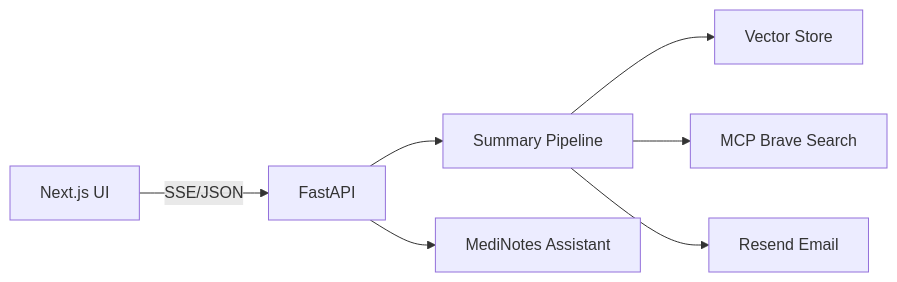
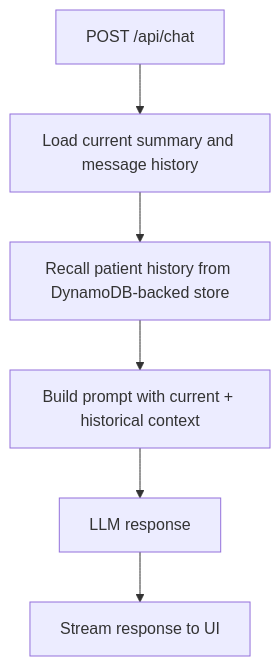
One commit to rhyegacillos/agents-app changed the third of 3 diagrams in ARCHITECTURE_medinotes.md. Above: the diagram before and after it, drawn with Mermaid. The commit also changed other lines of this file and 14 other files, not shown here.

````diff
--- a/ARCHITECTURE_medinotes.md
+++ b/ARCHITECTURE_medinotes.md
@@ -321,9 +146,8 @@
 ```mermaid
-flowchart LR
-    UI[Next.js UI] -->|SSE/JSON| API[FastAPI]
-    API --> Summary[Summary Pipeline]
-    API --> Chat[MediNotes Assistant]
-    Summary --> Memory[Vector Store]
-    Summary --> Research[MCP Brave Search]
-    Summary --> Email[Resend Email]
+flowchart TD
+    A[POST /api/chat] --> B[Load current summary and message history]
+    B --> C[Recall patient history from DynamoDB-backed store]
+    C --> D[Build prompt with current + historical context]
+    D --> E[LLM response]
+    E --> F[Stream response to UI]
 ```
````
